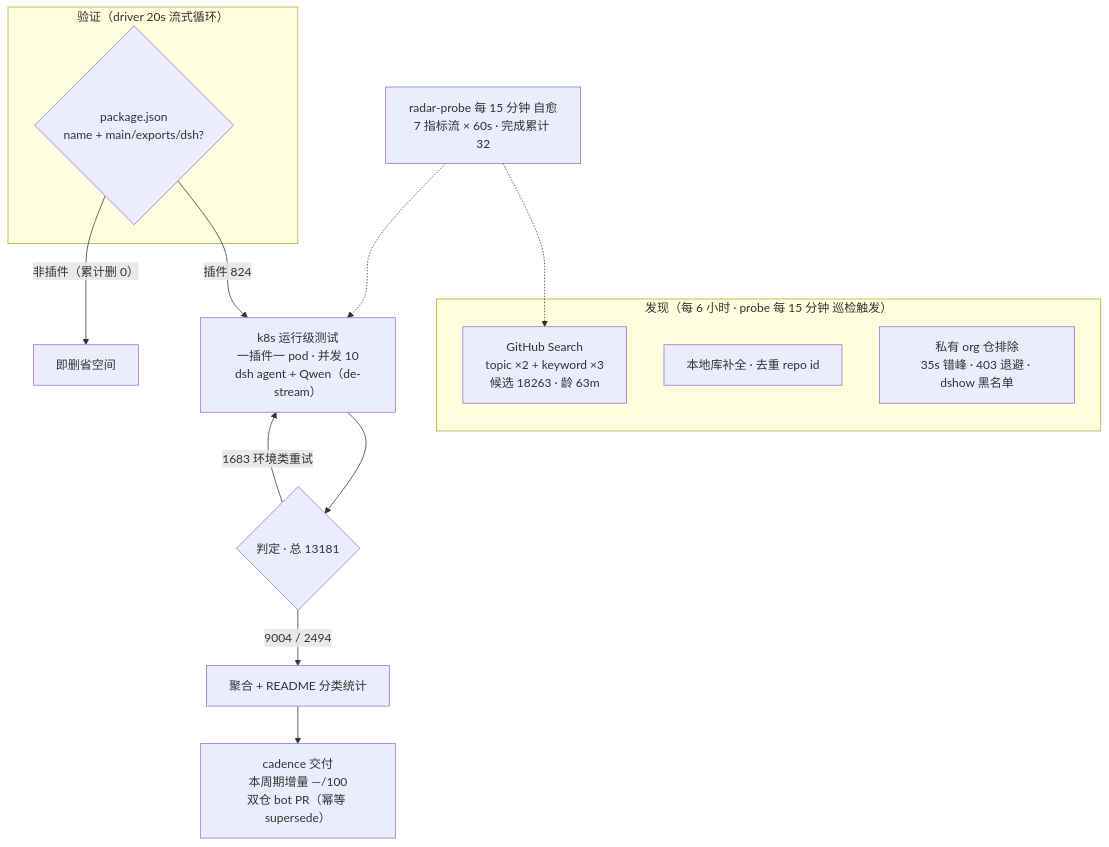
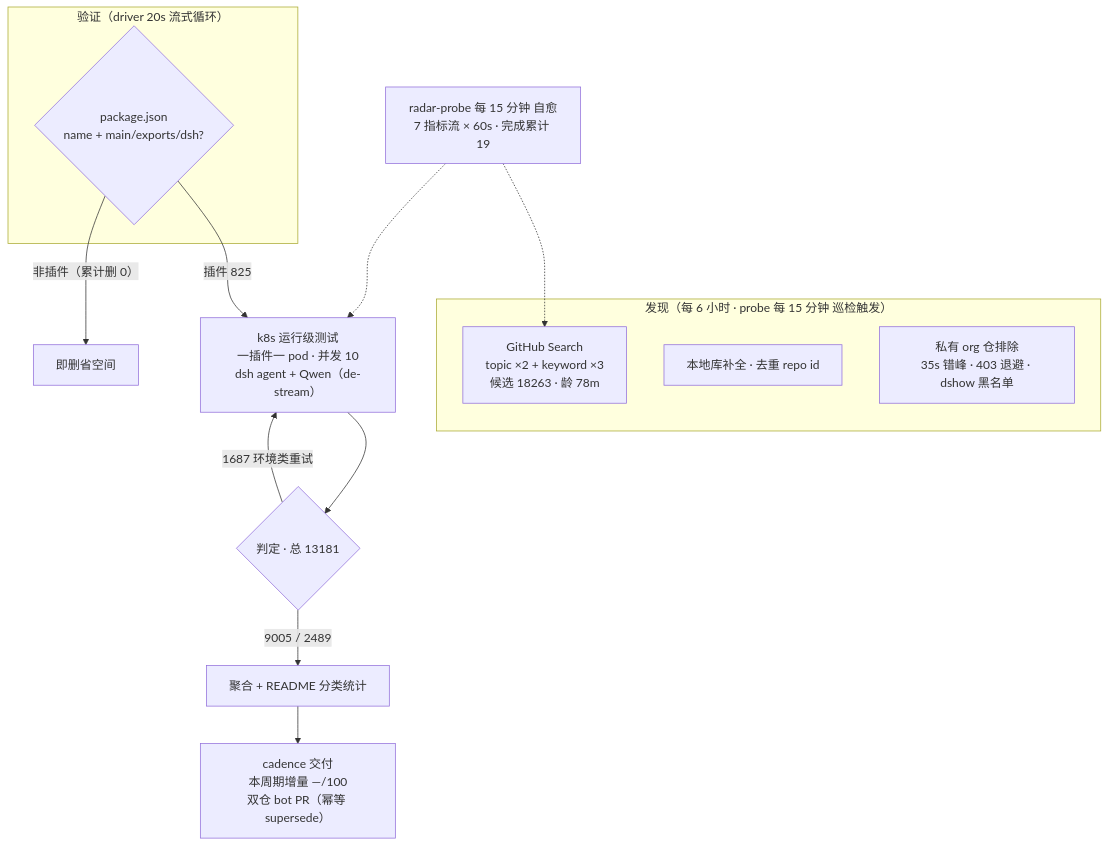
Before and after one commit to AdamPlatin123/awesome-dsh-plugins: the diagram in README.md, drawn with Mermaid. The commit also changed other lines of this file and 5 other files, not shown here.

````diff
--- a/README.md
+++ b/README.md
@@ -52,20 +52,20 @@
 ```mermaid
 flowchart TB
     subgraph Discovery["发现（每 6 小时 · probe 每 15 分钟 巡检触发）"]
-        A1["GitHub Search<br/>topic ×2 + keyword ×3<br/>候选 18263 · 龄 63m"]
+        A1["GitHub Search<br/>topic ×2 + keyword ×3<br/>候选 18263 · 龄 78m"]
         A2["本地库补全 · 去重 repo id"]
         A3["私有 org 仓排除<br/>35s 错峰 · 403 退避 · dshow 黑名单"]
     end
     subgraph Validation["验证（driver 20s 流式循环）"]
         B1{"package.json<br/>name + main/exports/dsh?"}
     end
-    B1 -->|"插件 824"| C1["k8s 运行级测试<br/>一插件一 pod · 并发 10<br/>dsh agent + Qwen（de-stream）"]
+    B1 -->|"插件 825"| C1["k8s 运行级测试<br/>一插件一 pod · 并发 10<br/>dsh agent + Qwen（de-stream）"]
     B1 -->|"非插件（累计删 0）"| B3["即删省空间"]
     C1 --> D1{"判定 · 总 13181"}
-    D1 -->|"9004 / 2494"| E1["聚合 + README 分类统计"]
-    D1 -->|"1683 环境类重试"| C1
+    D1 -->|"9005 / 2489"| E1["聚合 + README 分类统计"]
+    D1 -->|"1687 环境类重试"| C1
     E1 --> E2["cadence 交付<br/>本周期增量 —/100<br/>双仓 bot PR（幂等 supersede）"]
-    M["radar-probe 每 15 分钟 自愈<br/>7 指标流 × 60s · 完成累计 32"]
+    M["radar-probe 每 15 分钟 自愈<br/>7 指标流 × 60s · 完成累计 19"]
     M -.-> A1
     M -.-> C1
 ```
````
